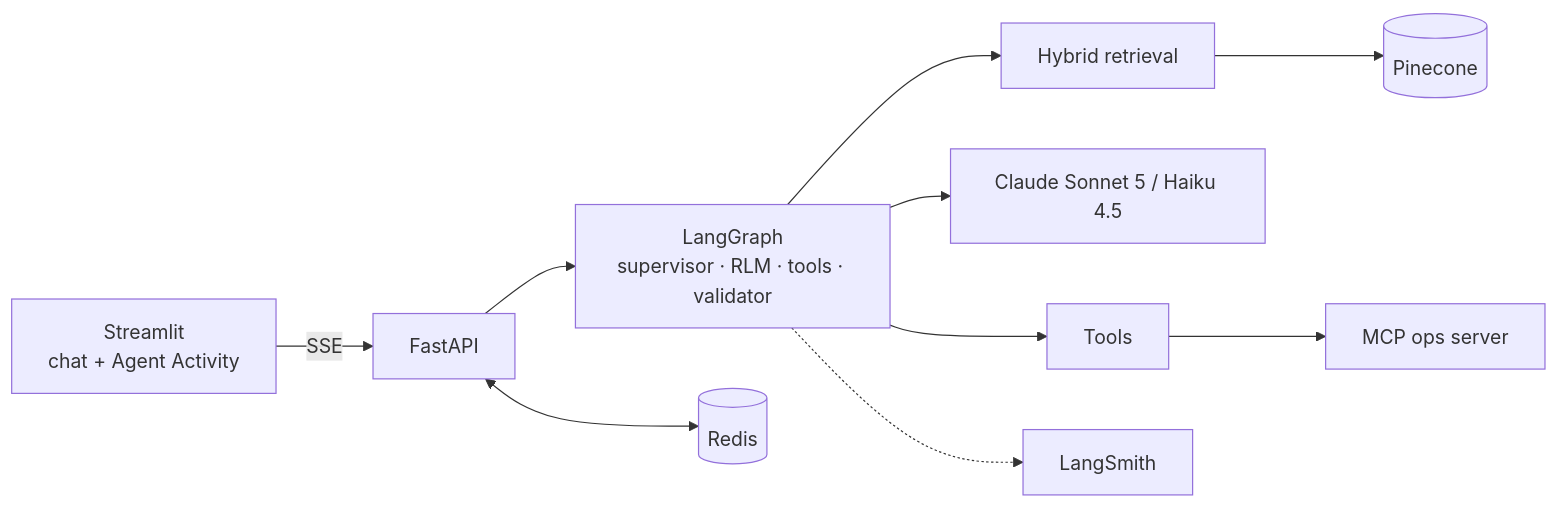
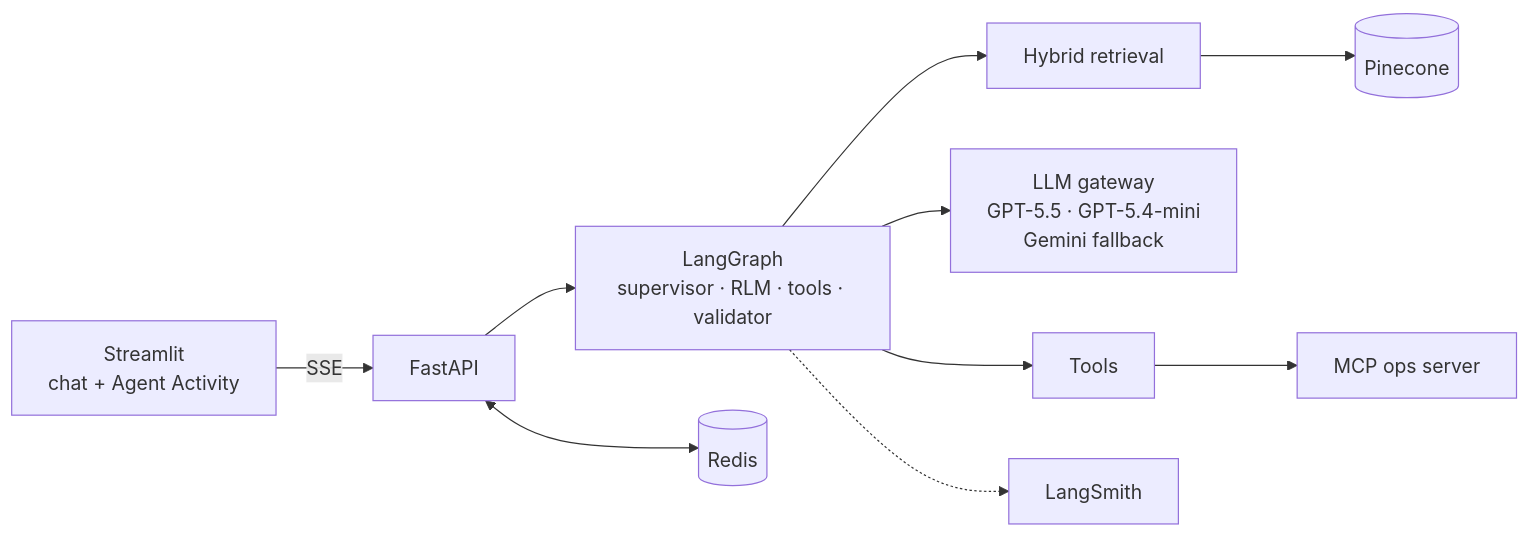
Before and after one commit to chamuditha4/com: the diagram in README.md, drawn with Mermaid. The commit also changed other lines of this file and 8 other files, not shown here.

First line of the commit message:
test(live): opt-in real-provider suite; default to OpenAI primary with Gemini fallback

````diff
--- a/README.md
+++ b/README.md
@@ -23,10 +23,10 @@
 ```mermaid
 flowchart LR
   UI[Streamlit<br/>chat + Agent Activity] -- SSE --> API[FastAPI]
   API --> G[LangGraph<br/>supervisor · RLM · tools · validator]
   G --> R[Hybrid retrieval] --> P[(Pinecone)]
-  G --> L[Claude Sonnet 5 / Haiku 4.5]
+  G --> L[LLM gateway<br/>GPT-5.5 · GPT-5.4-mini<br/>Gemini fallback]
   G --> T[Tools] --> M[MCP ops server]
   API <--> Re[(Redis)]
   G -.-> LS[LangSmith]
 ```
````
